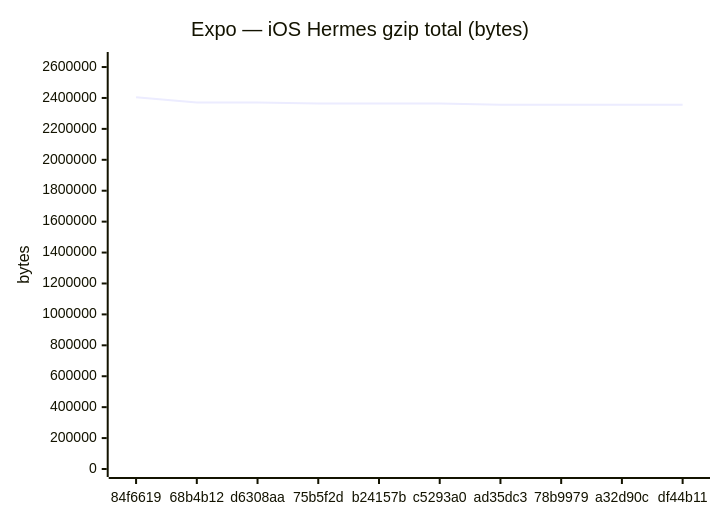
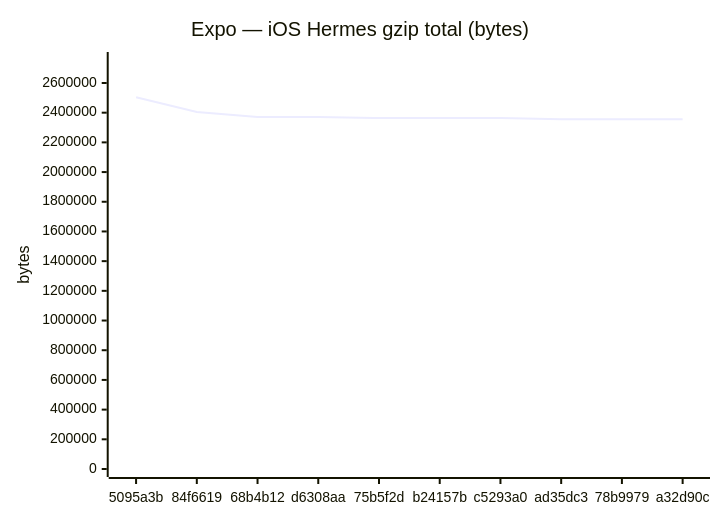
One commit to Metaheurist/Rianell changed the sixth of 18 diagrams in benchmarks/compare.md. Above: the diagram before and after it, drawn with Mermaid. The commit also changed other lines of this file and 11 other files, not shown here.

````diff
--- a/benchmarks/compare.md
+++ b/benchmarks/compare.md
@@ -96,7 +96,7 @@
 ```mermaid
 xychart-beta
     title "Expo — iOS Hermes gzip total (bytes)"
-    x-axis ["84f6619", "68b4b12", "d6308aa", "75b5f2d", "b24157b", "c5293a0", "ad35dc3", "78b9979", "a32d90c", "df44b11"]
-    y-axis "bytes" 0 --> 2645527
-    line [2405024, 2370491, 2370493, 2363429, 2363431, 2363430, 2356086, 2356086, 2356058, 2356058]
+    x-axis ["5095a3b", "84f6619", "68b4b12", "d6308aa", "75b5f2d", "b24157b", "c5293a0", "ad35dc3", "78b9979", "a32d90c"]
+    y-axis "bytes" 0 --> 2754842
+    line [2504401, 2405024, 2370491, 2370493, 2363429, 2363431, 2363430, 2356086, 2356086, 2356058]
 ```
````
